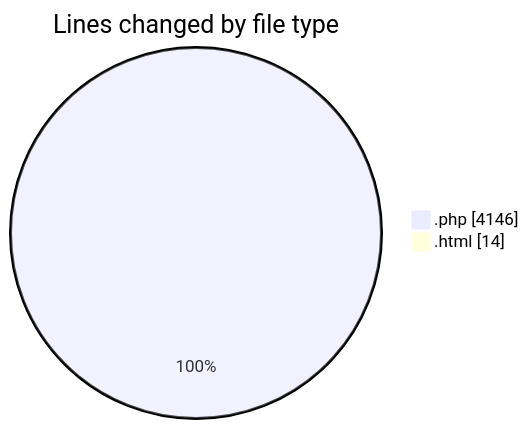
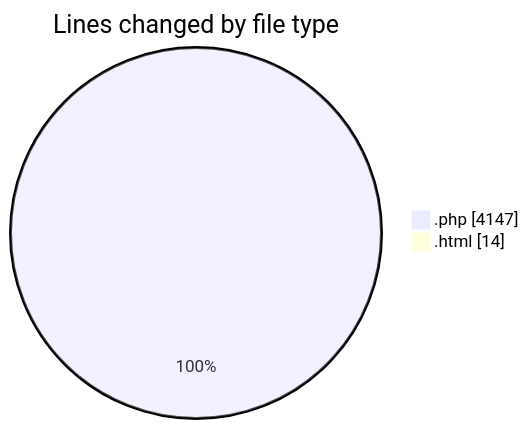
The first of 2 diagrams in 2025-09-13/shop/README.md (vahidmafi/code-tracking), drawn with Mermaid before and after one commit. The commit also changed other lines of this file and 1 other file, not shown here.

````diff
--- a/2025-09-13/shop/README.md
+++ b/2025-09-13/shop/README.md
@@ -22,6 +22,6 @@
 ```mermaid
 pie showData
 title Lines changed by file type
-".php" : 4146
+".php" : 4147
 ".html" : 14
 ```
````
